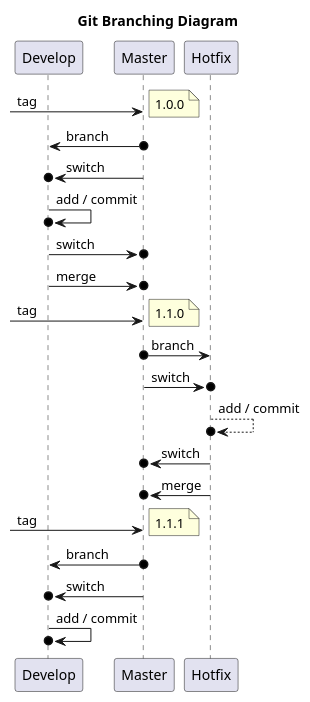
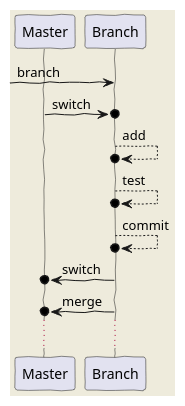
The diagram in assets/git_branching_diagram.puml (braboj/tutorial-git), drawn with PlantUML before and after one commit. The commit also changed 2 other files, not shown here.

Commit message:
Update of flow diagrams

```diff
--- a/assets/git_branching_diagram.puml
+++ b/assets/git_branching_diagram.puml
@@ -1,31 +1,23 @@
 @startuml
-title "Git Branching Diagram"
 
-participant Develop
+'Configuration
+skinparam lifelineStrategy solid
+skinparam backgroundColor #EEEBDC
+skinparam handwritten true
+
+'Participants
 participant Master
-participant Hotfix
+participant Branch
 
-[-> Master:tag
-note right: 1.0.0
+'Diagram
+[-> Branch          : branch
+Master ->o Branch   : switch
+Branch -->o Branch  : add
+Branch -->o Branch  : test
+Branch -->o Branch  : commit
+Branch ->o Master   : switch
+Branch ->o Master   : merge
 
-Master  o-> Develop  : branch
-Master  ->o Develop  : switch
-Develop ->o Develop  : add / commit
-Develop ->o Master   : switch
-Develop ->o Master   : merge
-[-> Master: tag
-note right: 1.1.0
-
-Master o-> Hotfix   : branch
-Master ->o Hotfix   : switch
-Hotfix -->o Hotfix  : add / commit
-Hotfix ->o Master   : switch
-Hotfix ->o Master   : merge
-[-> Master: tag
-note right: 1.1.1
-
-Master  o-> Develop  : branch
-Master  ->o Develop  : switch
-Develop ->o Develop  : add / commit
+...
 
 @enduml
```
